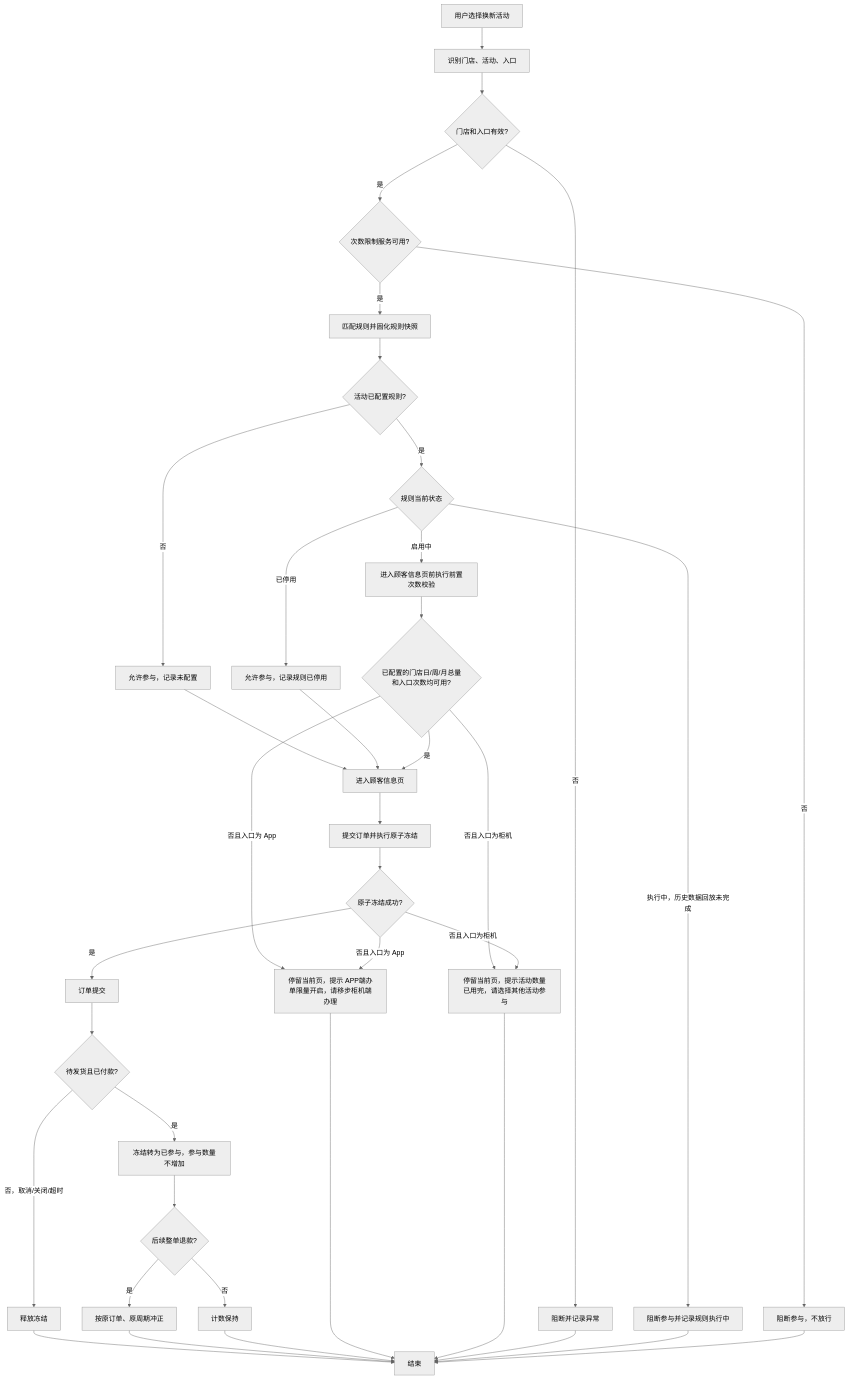
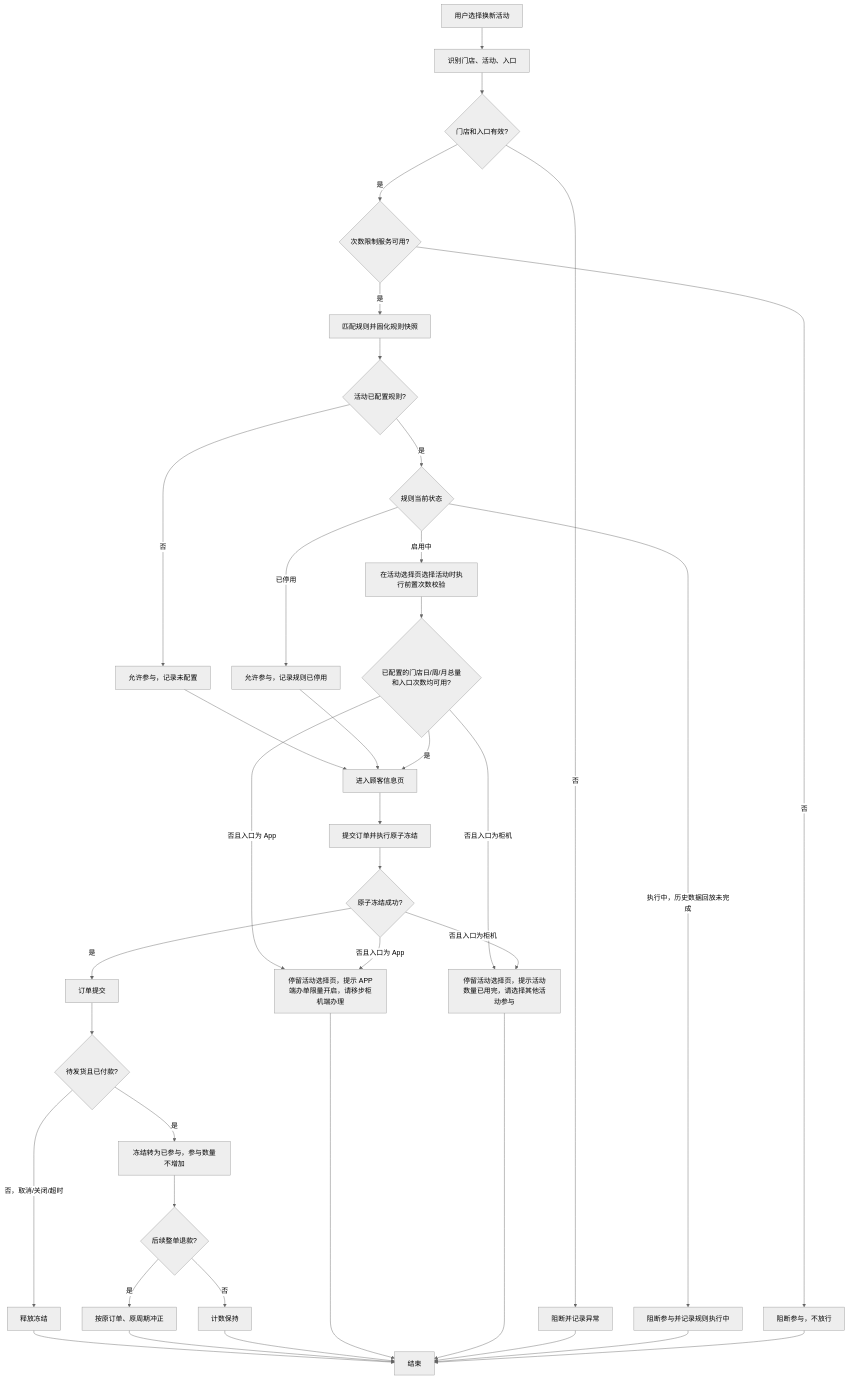
The diagram in prd.md (HBicon/renewal-activity-quota-review), drawn with Mermaid (neutral theme) before and after one commit. The commit also changed other lines of this file and 5 other files, not shown here.

````diff
--- a/prd.md
+++ b/prd.md
@@ -565,38 +565,38 @@
 ```mermaid
 flowchart TD
     A[用户选择换新活动] --> B[识别门店、活动、入口]
     B --> C{门店和入口有效?}
     C -- 否 --> C1[阻断并记录异常]
     C -- 是 --> D{次数限制服务可用?}
     D -- 否 --> D1[阻断参与，不放行]
     D -- 是 --> E[匹配规则并固化规则快照]
     E --> F{活动已配置规则?}
     F -- 否 --> F1[允许参与，记录未配置] --> I
     F -- 是 --> F0{规则当前状态}
     F0 -- 执行中，历史数据回放未完成 --> F5[阻断参与并记录规则执行中]
     F0 -- 已停用 --> F1A[允许参与，记录规则已停用] --> I
-    F0 -- 启用中 --> G[进入顾客信息页前执行前置次数校验]
+    F0 -- 启用中 --> G[在活动选择页选择活动时执行前置次数校验]
     G --> H{已配置的门店日/周/月总量和入口次数均可用?}
-    H -- 否且入口为 App --> H1[停留当前页，提示 APP端办单限量开启，请移步柜机端办理]
-    H -- 否且入口为柜机 --> H2[停留当前页，提示活动数量已用完，请选择其他活动参与]
+    H -- 否且入口为 App --> H1[停留活动选择页，提示 APP端办单限量开启，请移步柜机端办理]
+    H -- 否且入口为柜机 --> H2[停留活动选择页，提示活动数量已用完，请选择其他活动参与]
     H -- 是 --> I[进入顾客信息页]
     I --> J[提交订单并执行原子冻结]
     J --> K{原子冻结成功?}
     K -- 否且入口为 App --> H1
     K -- 否且入口为柜机 --> H2
     K -- 是 --> L[订单提交]
     L --> M{待发货且已付款?}
     M -- 否，取消/关闭/超时 --> N[释放冻结]
     M -- 是 --> O[冻结转为已参与，参与数量不增加]
     O --> P{后续整单退款?}
     P -- 是 --> Q[按原订单、原周期冲正]
     P -- 否 --> R[计数保持]
     N --> S[结束]
     Q --> S
     R --> S
     H1 --> S
     H2 --> S
     C1 --> S
     F5 --> S
     D1 --> S
 ```
````
